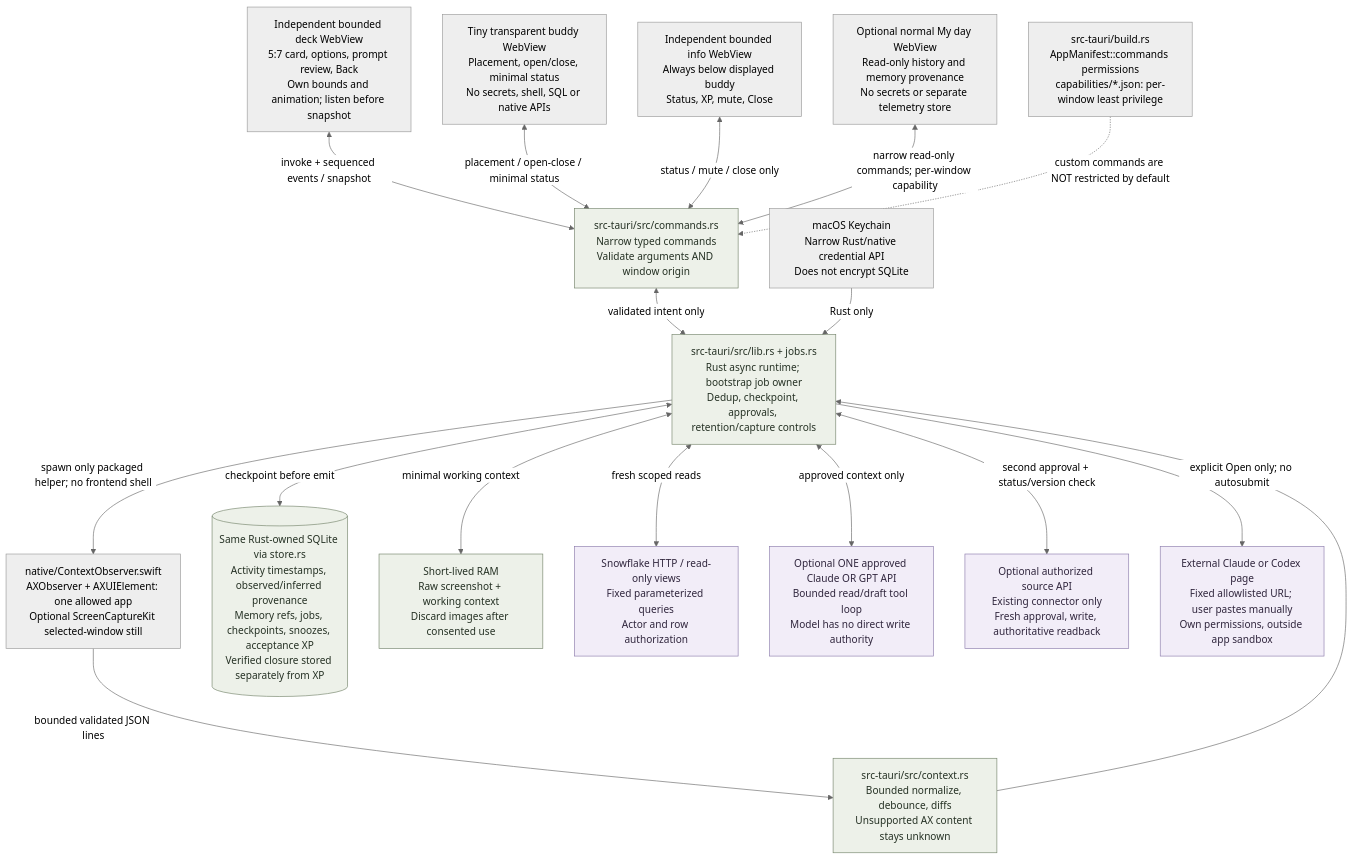
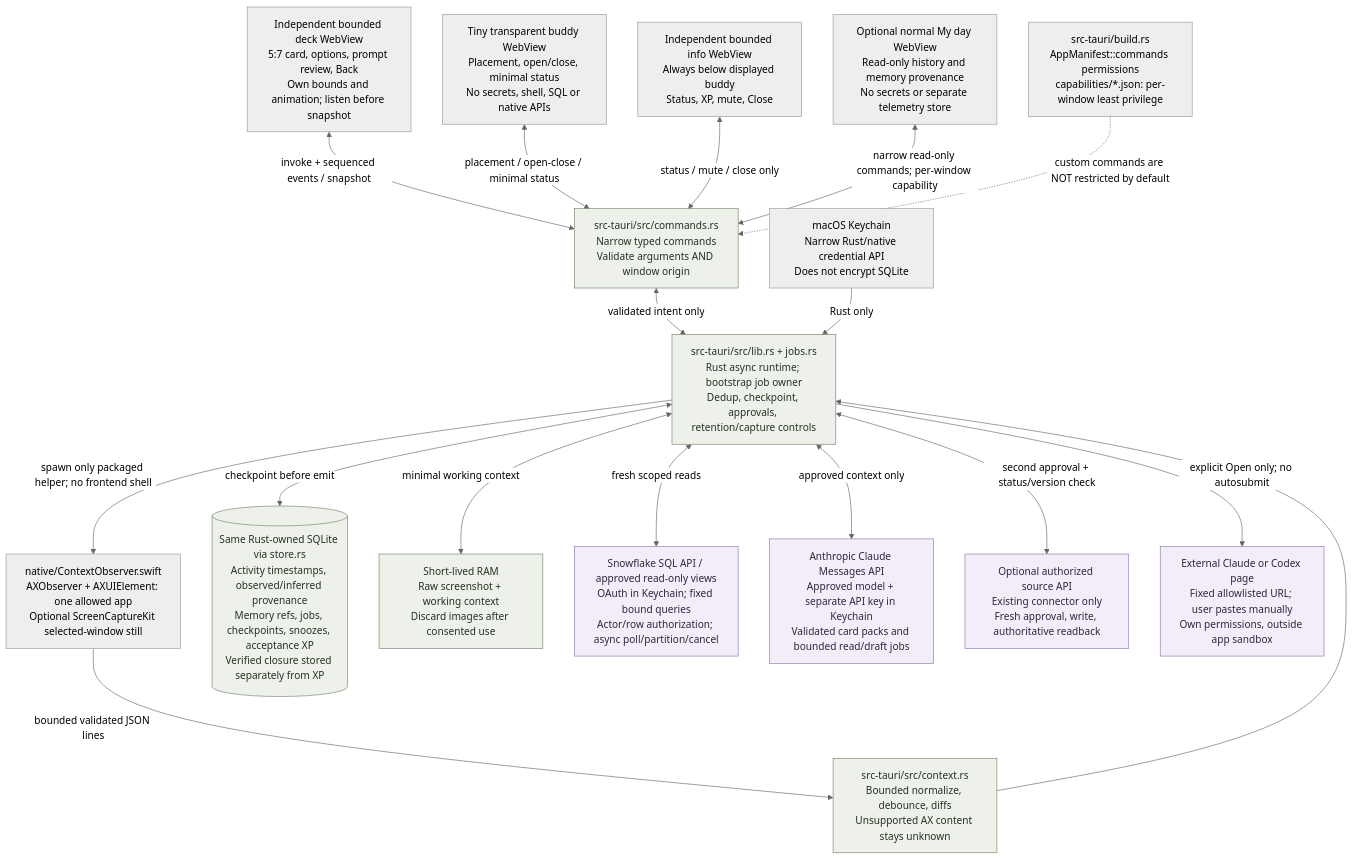
The first of 4 diagrams in docs/architecture.md (i098/open-loops), drawn with Mermaid (neutral theme) before and after one commit. The commit also changed other lines of this file and 9 other files, not shown here.

Commit message:
Specify the native Snowflake and Anthropic build contract

````diff
--- a/docs/architecture.md
+++ b/docs/architecture.md
@@ -9,40 +9,40 @@
 ```mermaid
 flowchart TB
   accTitle: Proposed Tauri macOS ownership
   BUDDY["Tiny transparent buddy WebView<br/>Placement, open/close, minimal status<br/>No secrets, shell, SQL or native APIs"]
   INFO["Independent bounded info WebView<br/>Always below displayed buddy<br/>Status, XP, mute, Close"]
   UI["Independent bounded deck WebView<br/>5:7 card, options, prompt review, Back<br/>Own bounds and animation; listen before snapshot"]
   DAY["Optional normal My day WebView<br/>Read-only history and memory provenance<br/>No secrets or separate telemetry store"]
   ACL["src-tauri/build.rs<br/>AppManifest::commands permissions<br/>capabilities/*.json: per-window least privilege"]
   CMD["src-tauri/src/commands.rs<br/>Narrow typed commands<br/>Validate arguments AND window origin"]
   CORE["src-tauri/src/lib.rs + jobs.rs<br/>Rust async runtime; bootstrap job owner<br/>Dedup, checkpoint, approvals, retention/capture controls"]
   CTX["src-tauri/src/context.rs<br/>Bounded normalize, debounce, diffs<br/>Unsupported AX content stays unknown"]
   NATIVE["native/ContextObserver.swift<br/>AXObserver + AXUIElement: one allowed app<br/>Optional ScreenCaptureKit selected-window still"]
   DB[("Same Rust-owned SQLite via store.rs<br/>Activity timestamps, observed/inferred provenance<br/>Memory refs, jobs, checkpoints, snoozes, acceptance XP<br/>Verified closure stored separately from XP")]
   RAM["Short-lived RAM<br/>Raw screenshot + working context<br/>Discard images after consented use"]
   KEY["macOS Keychain<br/>Narrow Rust/native credential API<br/>Does not encrypt SQLite"]
-  SF["Snowflake HTTP / read-only views<br/>Fixed parameterized queries<br/>Actor and row authorization"]
-  P["Optional ONE approved Claude OR GPT API<br/>Bounded read/draft tool loop<br/>Model has no direct write authority"]
+  SF["Snowflake SQL API / approved read-only views<br/>OAuth in Keychain; fixed bound queries<br/>Actor/row authorization; async poll/partition/cancel"]
+  P["Anthropic Claude Messages API<br/>Approved model + separate API key in Keychain<br/>Validated card packs and bounded read/draft jobs"]
   SRC["Optional authorized source API<br/>Existing connector only<br/>Fresh approval, write, authoritative readback"]
   TOOL["External Claude or Codex page<br/>Fixed allowlisted URL; user pastes manually<br/>Own permissions, outside app sandbox"]
   UI <-->|"invoke + sequenced events / snapshot"| CMD
   BUDDY <-->|"placement / open-close / minimal status"| CMD
   INFO <-->|"status / mute / close only"| CMD
   DAY <-->|"narrow read-only commands; per-window capability"| CMD
   ACL -.->|"custom commands are NOT restricted by default"| CMD
   CMD <-->|"validated intent only"| CORE
   CORE <-->|"checkpoint before emit"| DB
   CORE <-->|"minimal working context"| RAM
   KEY -->|"Rust only"| CORE
   CORE -->|"spawn only packaged helper; no frontend shell"| NATIVE
   NATIVE -->|"bounded validated JSON lines"| CTX
   CTX --> CORE
   CORE <-->|"fresh scoped reads"| SF
   CORE <-->|"approved context only"| P
   CORE <-->|"second approval + status/version check"| SRC
   CORE -->|"explicit Open only; no autosubmit"| TOOL
   classDef local fill:#edf1e9,stroke:#73836a,color:#253124
   classDef external fill:#f2edf8,stroke:#8b7aab,color:#30263d
   class CMD,CORE,CTX,DB,RAM local
   class SF,P,SRC,TOOL external
 ```
````
